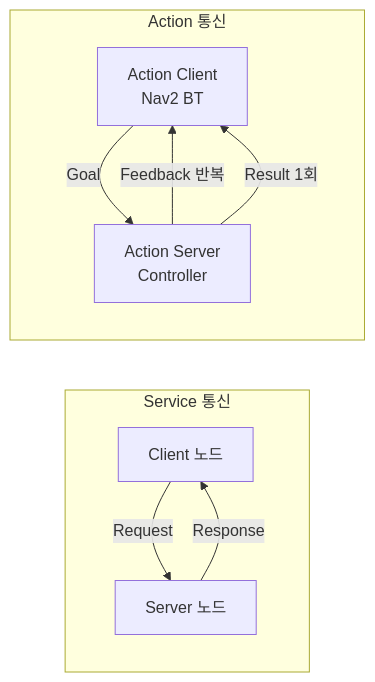
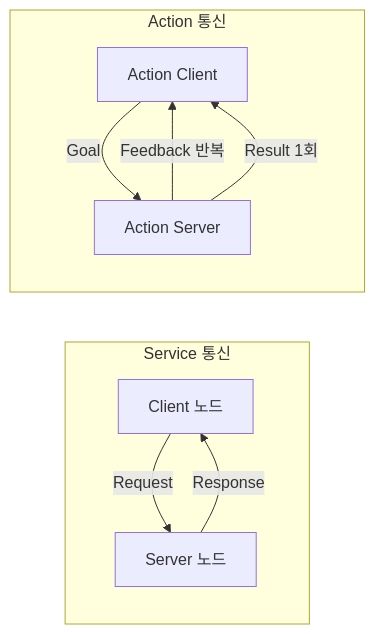
The diagram in ROS2 기초/04_Service와_Action.md (codebaragi23/ROS2-doc), drawn with Mermaid before and after one commit. The commit also changed 17 other files, not shown here.

````diff
--- a/ROS2 기초/04_Service와_Action.md
+++ b/ROS2 기초/04_Service와_Action.md
@@ -62,14 +62,12 @@
 ```mermaid
 flowchart LR
     subgraph Service["Service 통신"]
         C1[Client 노드] -->|Request| S1[Server 노드]
         S1 -->|Response| C1
     end
     subgraph Action["Action 통신"]
-        C2[Action Client
-Nav2 BT] -->|Goal| S2[Action Server
-Controller]
+        C2[Action Client] -->|Goal| S2[Action Server]
         S2 -->|Feedback 반복| C2
         S2 -->|Result 1회| C2
     end
 ```
````
